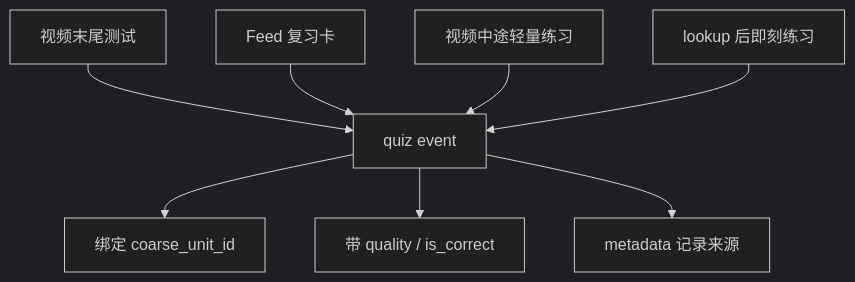
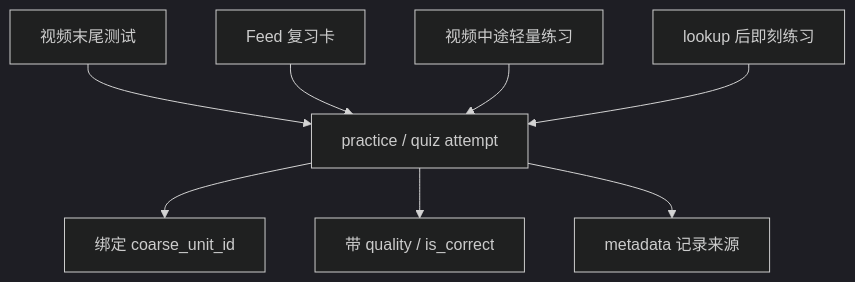
One commit to bionicotaku/learning-video-recommendation-system changed diagram 12 of 13 in docs/学习互动信号语义设计.md. Above: the diagram before and after it, drawn with Mermaid (dark theme). The commit also changed other lines of this file and 5 other files, not shown here.

````diff
--- a/docs/学习互动信号语义设计.md
+++ b/docs/学习互动信号语义设计.md
@@ -359,11 +549,11 @@
 ```mermaid
 flowchart TD
-    A["视频末尾测试"] --> Q["quiz event"]
+    A["视频末尾测试"] --> Q["practice / quiz attempt"]
     B["Feed 复习卡"] --> Q
     C["视频中途轻量练习"] --> Q
     D["lookup 后即刻练习"] --> Q
 
     Q --> E["绑定 coarse_unit_id"]
     Q --> F["带 quality / is_correct"]
     Q --> G["metadata 记录来源"]
 ```
````
